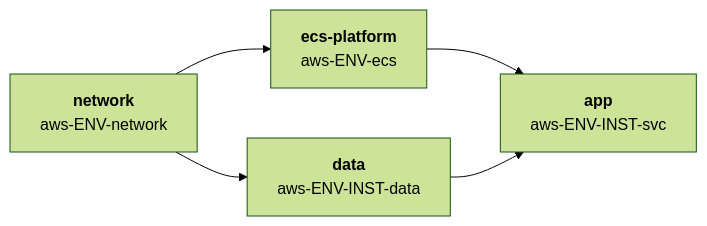
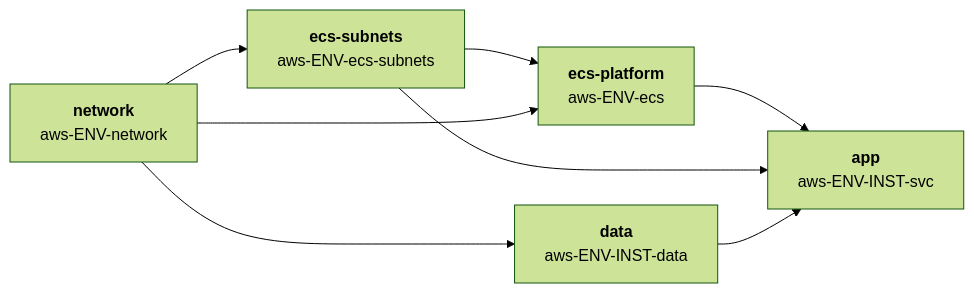
One commit to aescanero/proposal_documents changed the sixth of 11 diagrams in docs/en/terramate-outputs-sharing-architecture.md. Above: the diagram before and after it, drawn with Mermaid (forest theme). The commit also changed other lines of this file and 7 other files, not shown here.

First line of the commit message:
Cloud Run and ECS Fargate guides: the runtime creates its own subnets (en and es)

````diff
--- a/docs/en/terramate-outputs-sharing-architecture.md
+++ b/docs/en/terramate-outputs-sharing-architecture.md
@@ -1658,7 +1670,9 @@
 ```mermaid
 graph LR
-    NET["<b>network</b><br/>aws-ENV-network"] --> ECS["<b>ecs-platform</b><br/>aws-ENV-ecs"]
+    NET["<b>network</b><br/>aws-ENV-network"] --> SUB["<b>ecs-subnets</b><br/>aws-ENV-ecs-subnets"] --> ECS["<b>ecs-platform</b><br/>aws-ENV-ecs"]
+    NET --> ECS
     NET --> DATA["<b>data</b><br/>aws-ENV-INST-data"]
     ECS --> APP["<b>app</b><br/>aws-ENV-INST-svc"]
+    SUB --> APP
     DATA --> APP
 ```
````
